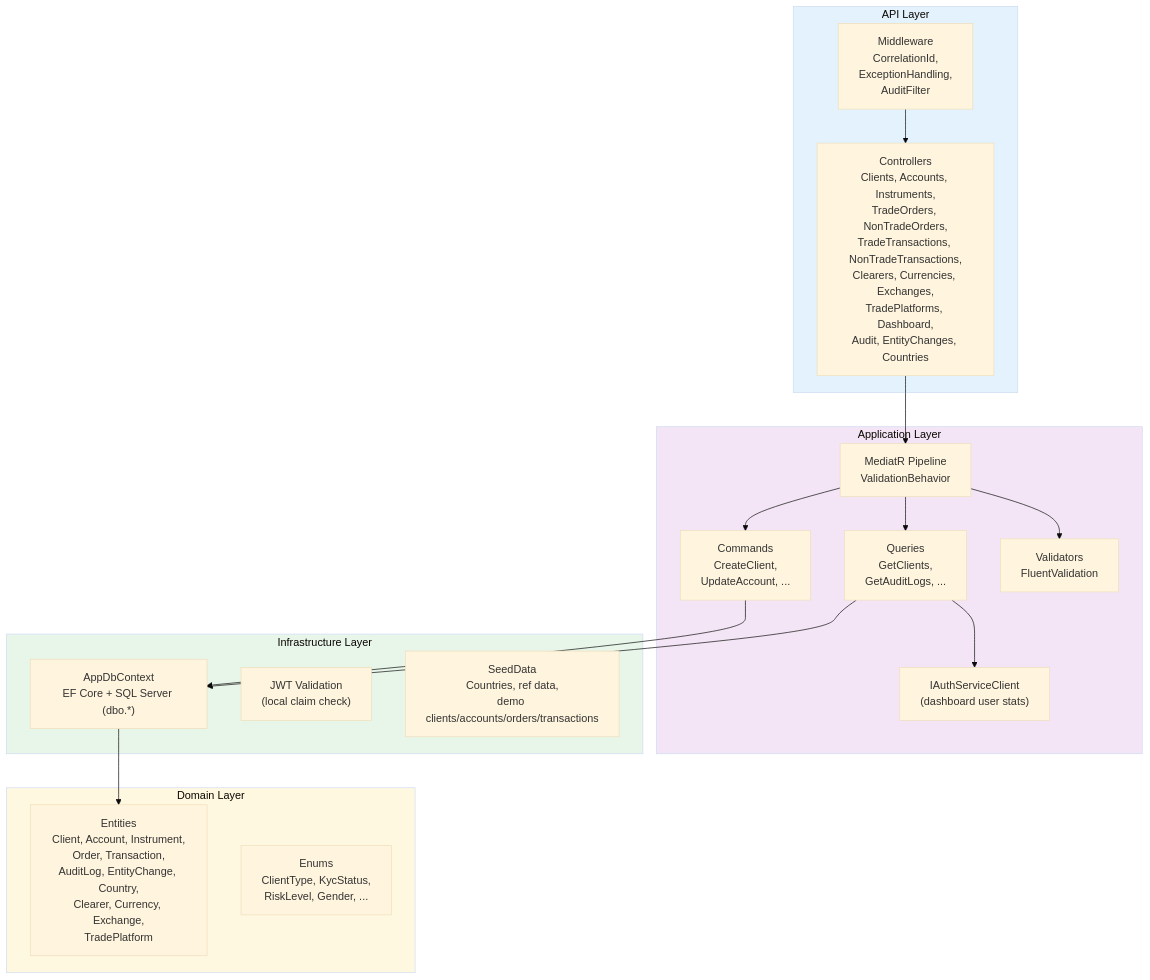
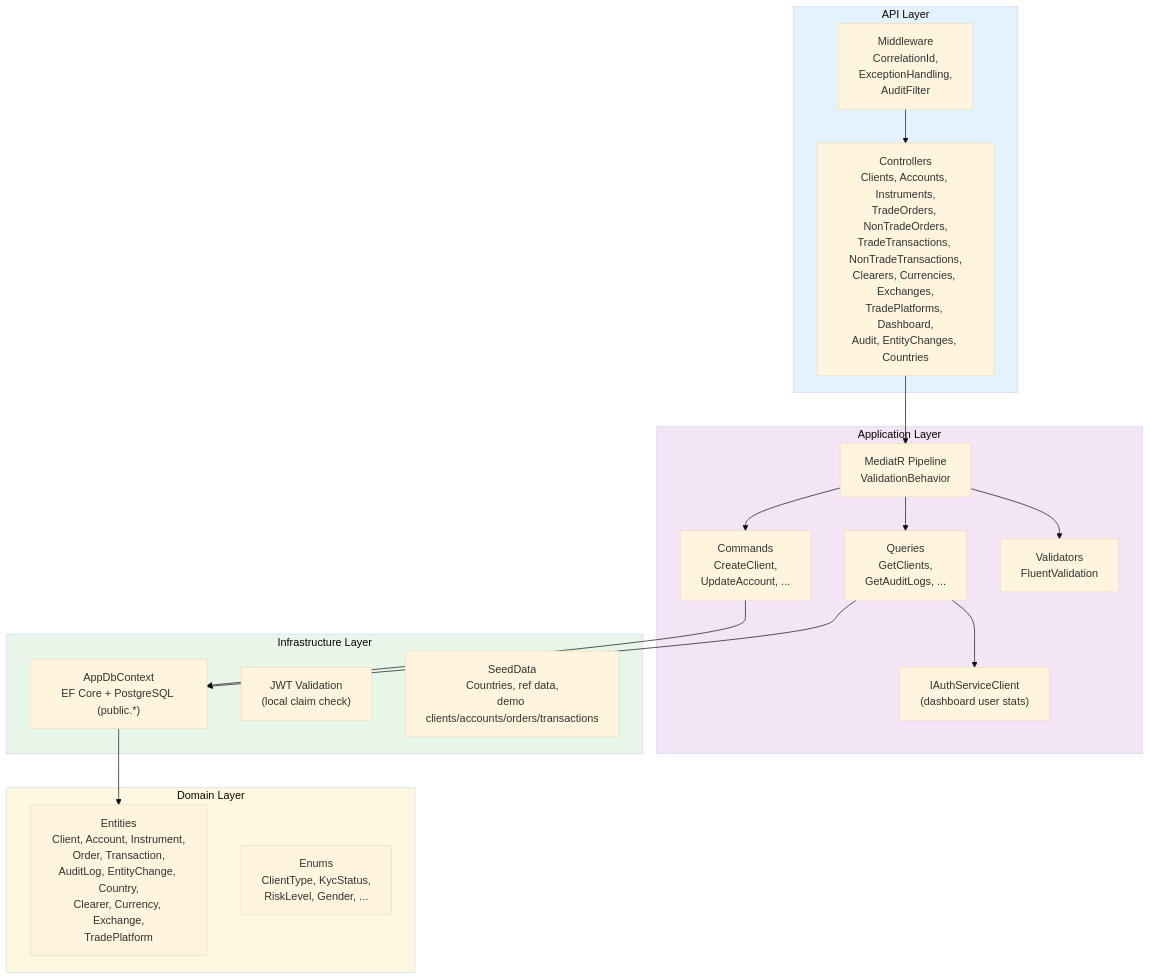
Before and after one commit to bebeleeloo/backoffice: the third of 5 diagrams in docs/architecture/02-system-context.md, drawn with Mermaid (base theme). The commit also changed other lines of this file and 125 other files, not shown here.

First line of the commit message:
Migrate from MS SQL Server to PostgreSQL 16

````diff
--- a/docs/architecture/02-system-context.md
+++ b/docs/architecture/02-system-context.md
@@ -86,41 +86,41 @@
 ```mermaid
 flowchart TB
     subgraph API["API Layer"]
         controllers["Controllers<br/>Clients, Accounts, Instruments,<br/>TradeOrders, NonTradeOrders,<br/>TradeTransactions, NonTradeTransactions,<br/>Clearers, Currencies, Exchanges,<br/>TradePlatforms, Dashboard,<br/>Audit, EntityChanges, Countries"]
         middleware["Middleware<br/>CorrelationId,<br/>ExceptionHandling,<br/>AuditFilter"]
     end
 
     subgraph App["Application Layer"]
         commands["Commands<br/>CreateClient,<br/>UpdateAccount, ..."]
         queries["Queries<br/>GetClients,<br/>GetAuditLogs, ..."]
         validators["Validators<br/>FluentValidation"]
         pipeline["MediatR Pipeline<br/>ValidationBehavior"]
         authClient["IAuthServiceClient<br/>(dashboard user stats)"]
     end
 
     subgraph Domain["Domain Layer"]
         entities["Entities<br/>Client, Account, Instrument,<br/>Order, Transaction,<br/>AuditLog, EntityChange, Country,<br/>Clearer, Currency, Exchange,<br/>TradePlatform"]
         enums["Enums<br/>ClientType, KycStatus,<br/>RiskLevel, Gender, ..."]
     end
 
     subgraph Infra["Infrastructure Layer"]
-        dbcontext["AppDbContext<br/>EF Core + SQL Server (dbo.*)"]
+        dbcontext["AppDbContext<br/>EF Core + PostgreSQL (public.*)"]
         jwtValidation["JWT Validation<br/>(local claim check)"]
         seed["SeedData<br/>Countries, ref data,<br/>demo clients/accounts/orders/transactions"]
     end
 
     controllers --> pipeline
     pipeline --> validators
     pipeline --> commands
     pipeline --> queries
     commands --> dbcontext
     queries --> dbcontext
     queries --> authClient
     middleware --> controllers
     dbcontext --> entities
 
     style API fill:#e3f2fd
     style App fill:#f3e5f5
     style Domain fill:#fff8e1
     style Infra fill:#e8f5e9
 ```
````
